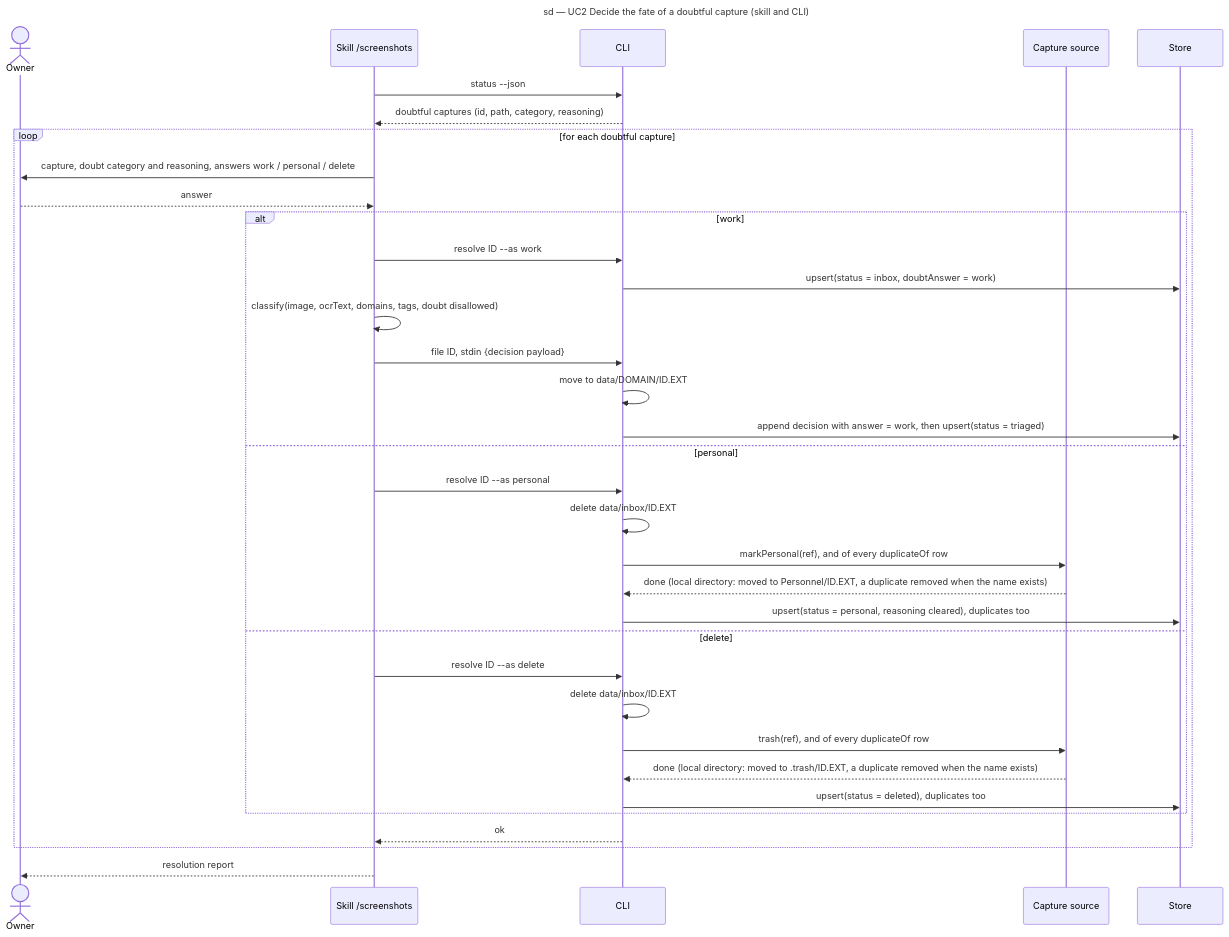
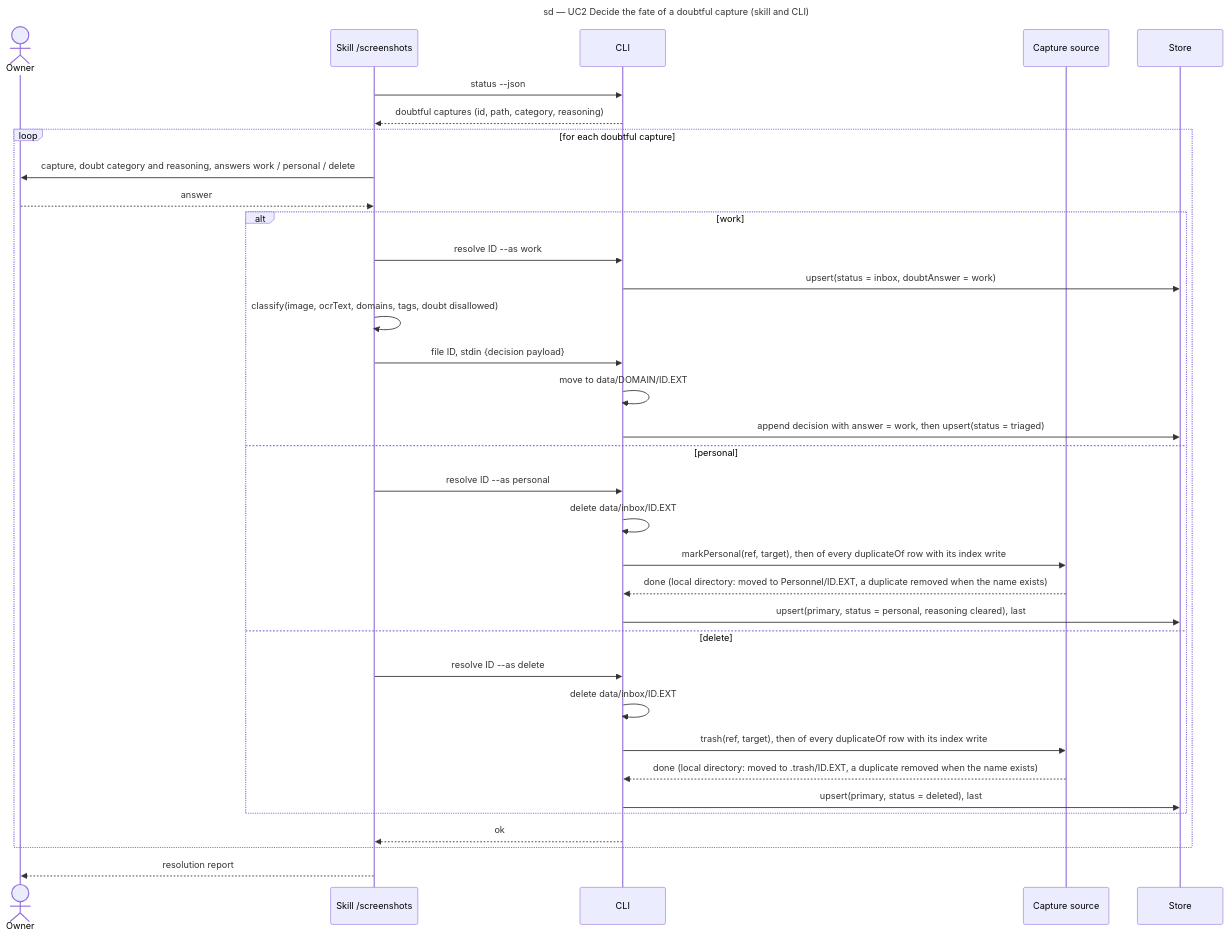
Before and after one commit to benoit-bremaud/screenshot-triage: the diagram in docs/architecture/diagrams/triage/02-sequence-resolve-doubt.md, drawn with Mermaid. The commit also changed other lines of this file and 56 other files, not shown here.

First line of the commit message:
feat(triage): CLI with a local-directory source, domains, tags and index (#9)

````diff
--- a/docs/architecture/diagrams/triage/02-sequence-resolve-doubt.md
+++ b/docs/architecture/diagrams/triage/02-sequence-resolve-doubt.md
@@ -14,37 +14,37 @@
 ```mermaid
 sequenceDiagram
   title sd — UC2 Decide the fate of a doubtful capture (skill and CLI)
   actor Owner
   participant Skill as Skill /screenshots
   participant CLI as CLI
   participant Source as Capture source
   participant Store as Store
   Skill->>CLI: status --json
   CLI-->>Skill: doubtful captures (id, path, category, reasoning)
   loop for each doubtful capture
     Skill->>Owner: capture, doubt category and reasoning, answers work / personal / delete
     Owner-->>Skill: answer
     alt work
       Skill->>CLI: resolve ID --as work
       CLI->>Store: upsert(status = inbox, doubtAnswer = work)
       Skill->>Skill: classify(image, ocrText, domains, tags, doubt disallowed)
       Skill->>CLI: file ID, stdin {decision payload}
       CLI->>CLI: move to data/DOMAIN/ID.EXT
       CLI->>Store: append decision with answer = work, then upsert(status = triaged)
     else personal
       Skill->>CLI: resolve ID --as personal
       CLI->>CLI: delete data/inbox/ID.EXT
-      CLI->>Source: markPersonal(ref), and of every duplicateOf row
+      CLI->>Source: markPersonal(ref, target), then of every duplicateOf row with its index write
       Source-->>CLI: done (local directory: moved to Personnel/ID.EXT, a duplicate removed when the name exists)
-      CLI->>Store: upsert(status = personal, reasoning cleared), duplicates too
+      CLI->>Store: upsert(primary, status = personal, reasoning cleared), last
     else delete
       Skill->>CLI: resolve ID --as delete
       CLI->>CLI: delete data/inbox/ID.EXT
-      CLI->>Source: trash(ref), and of every duplicateOf row
+      CLI->>Source: trash(ref, target), then of every duplicateOf row with its index write
       Source-->>CLI: done (local directory: moved to .trash/ID.EXT, a duplicate removed when the name exists)
-      CLI->>Store: upsert(status = deleted), duplicates too
+      CLI->>Store: upsert(primary, status = deleted), last
     end
     CLI-->>Skill: ok
   end
   Skill-->>Owner: resolution report
 ```
````
